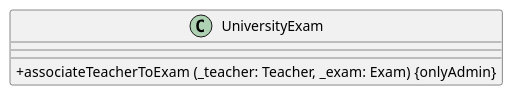
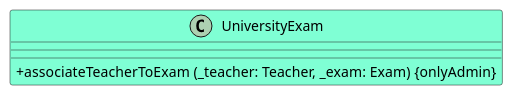
Before and after one commit to M9k/Marvin-Uml: the diagram in Solidity/Contracts/UniversityExam.iuml, drawn with PlantUML. The commit also changed 9 other files, not shown here.

```diff
--- a/Solidity/Contracts/UniversityExam.iuml
+++ b/Solidity/Contracts/UniversityExam.iuml
@@ -1,8 +1,8 @@
 @startuml
 skinparam classAttributeIconSize 0
-class UniversityExam {
+class UniversityExam #AquaMarine {
 __
 __
 + associateTeacherToExam (_teacher: Teacher, _exam: Exam) {onlyAdmin}
 }
 @enduml
```
